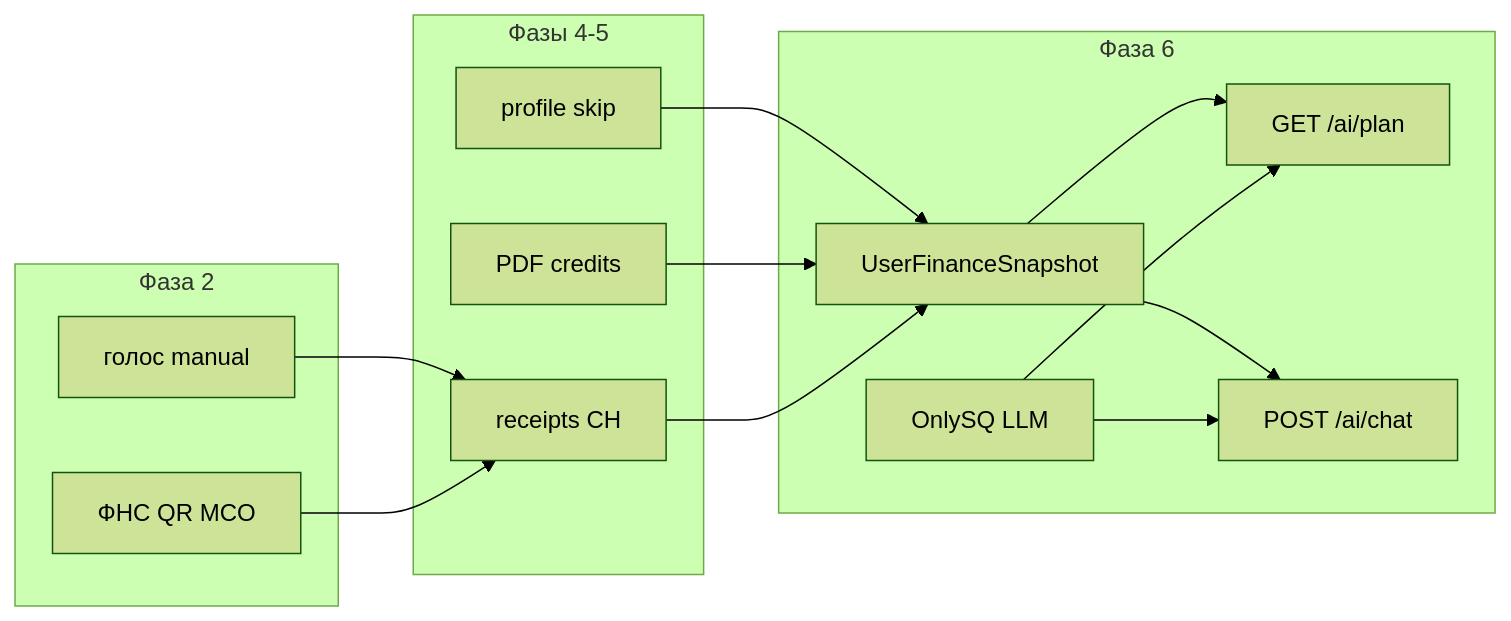
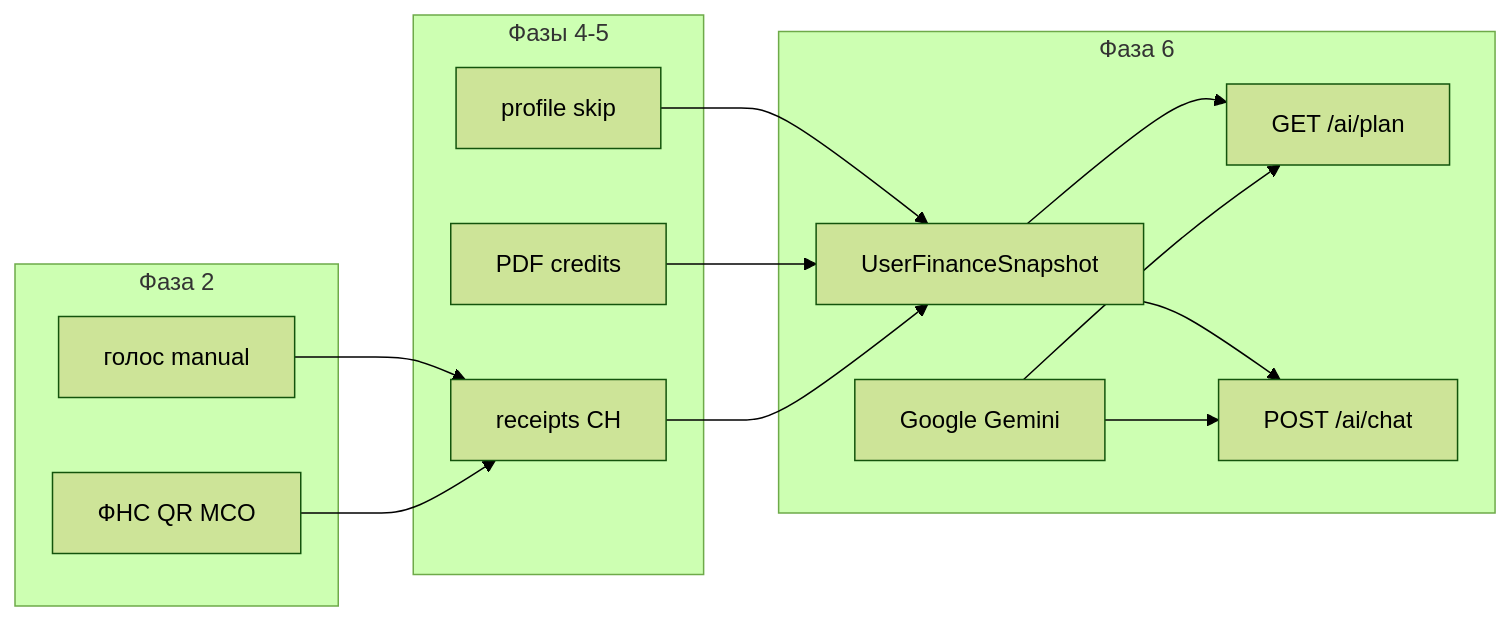
One commit to Timoxa760/RK_J changed the diagram in docs/phases/phases.md. Above: the diagram before and after it, drawn with Mermaid (forest theme). The commit also changed other lines of this file and 2 other files, not shown here.

Commit message:
docs(api): document Google Gemini as LLM provider

````diff
--- a/docs/phases/phases.md
+++ b/docs/phases/phases.md
@@ -83,27 +83,27 @@
 ```mermaid
 flowchart LR
   subgraph ingest [Фаза 2]
     Voice[голос manual]
     FNS[ФНС QR MCO]
   end
   subgraph data [Фазы 4-5]
     Profile[profile skip]
     Credits[PDF credits]
     Expenses[receipts CH]
   end
   subgraph ai [Фаза 6]
     Snap[UserFinanceSnapshot]
     Plan["GET /ai/plan"]
     Chat["POST /ai/chat"]
-    OnlySQ[OnlySQ LLM]
+    Gemini[Google Gemini]
   end
   Voice --> Expenses
   FNS --> Expenses
   Profile --> Snap
   Credits --> Snap
   Expenses --> Snap
   Snap --> Plan
   Snap --> Chat
-  OnlySQ --> Plan
-  OnlySQ --> Chat
+  Gemini --> Plan
+  Gemini --> Chat
 ```
````
